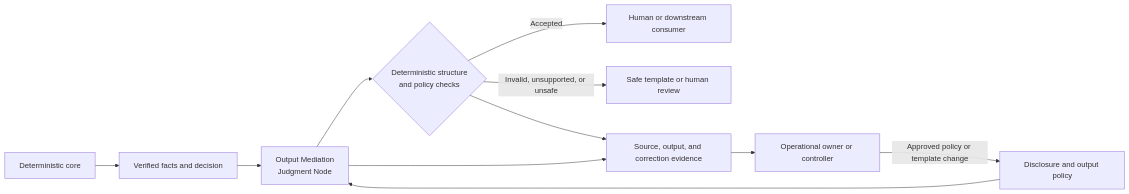
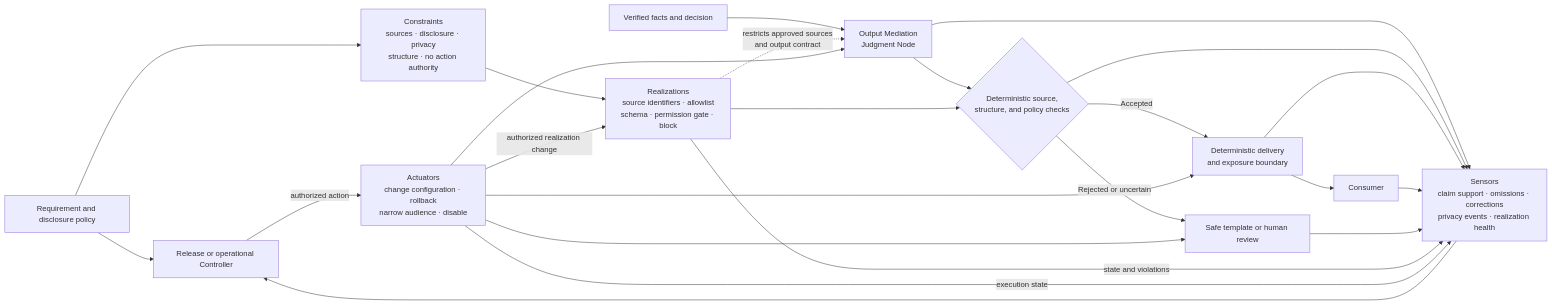
The third of 4 diagrams in 03-reference-architectures/judgment-placement-examples.md (UncertaintyArchitectureGroup/uncertainty-architecture), drawn with Mermaid before and after one commit. The commit also changed other lines of this file and 31 other files, not shown here.

First line of the commit message:
Define Constraints and Constraint Realization as first-class control concepts (#32)

````diff
--- a/03-reference-architectures/judgment-placement-examples.md
+++ b/03-reference-architectures/judgment-placement-examples.md
@@ -168,22 +186,36 @@
 ```mermaid
 flowchart LR
-    CORE[Deterministic core]
-    DATA[Verified facts and decision]
-    POL[Disclosure and output policy]
+    R[Requirement and disclosure policy]
+    K[Constraints<br/>sources · disclosure · privacy<br/>structure · no action authority]
+    KR[Realizations<br/>source identifiers · allowlist<br/>schema · permission gate · block]
+    D[Verified facts and decision]
     J[Output Mediation<br/>Judgment Node]
-    V{Deterministic structure<br/>and policy checks}
-    U[Human or downstream consumer]
+    V{Deterministic source,<br/>structure, and policy checks}
+    DEL[Deterministic delivery<br/>and exposure boundary]
+    U[Consumer]
     F[Safe template or human review]
-    E[Source, output, and correction evidence]
-    O[Operational owner or controller]
+    S[Sensors<br/>claim support · omissions · corrections<br/>privacy events · realization health]
+    C[Release or operational Controller]
+    A[Actuators<br/>change configuration · rollback<br/>narrow audience · disable]
 
-    CORE --> DATA --> J
-    POL --> J
-    J --> V
-    V -->|Accepted| U
-    V -->|Invalid, unsupported, or unsafe| F
-    J --> E
-    V --> E
-    E --> O
-    O -->|Approved policy or template change| POL
+    R --> C
+    R --> K --> KR
+    D --> J --> V
+    KR -. restricts approved sources<br/>and output contract .-> J
+    KR --> V
+    V -->|Accepted| DEL --> U
+    V -->|Rejected or uncertain| F
+    J --> S
+    V --> S
+    DEL --> S
+    U --> S
+    F --> S
+    KR -->|state and violations| S
+    A -->|execution state| S
+    S --> C
+    C -->|authorized action| A
+    A --> J
+    A --> DEL
+    A --> F
+    A -->|authorized realization change| KR
 ```
````
